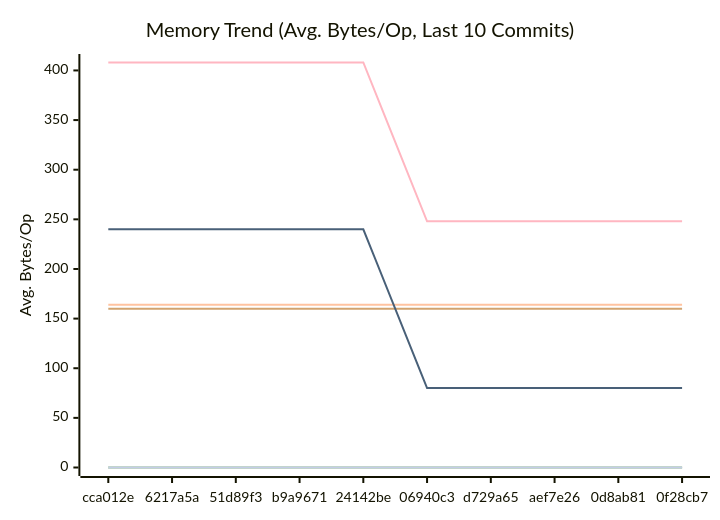
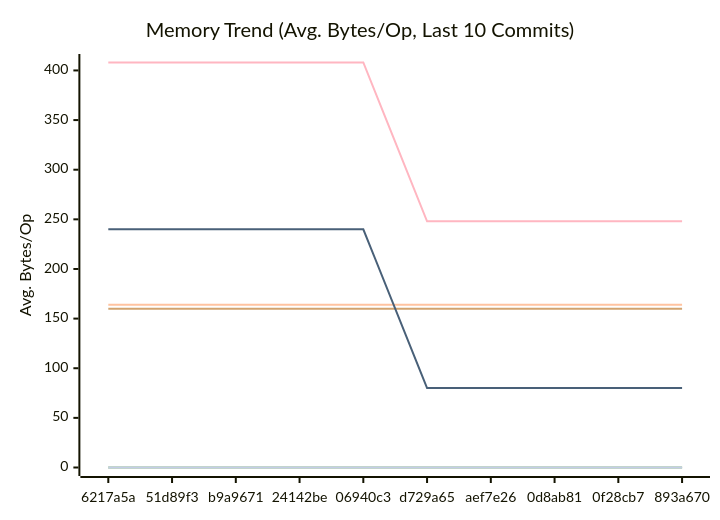
One commit to alsotoes/momo changed the second of 3 diagrams in docs/PERFORMANCE.md. Above: the diagram before and after it, drawn with Mermaid. The commit also changed other lines of this file and 5 other files, not shown here.

````diff
--- a/docs/PERFORMANCE.md
+++ b/docs/PERFORMANCE.md
@@ -97,16 +97,16 @@
 ```mermaid
 xychart-beta
     title "Memory Trend (Avg. Bytes/Op, Last 10 Commits)"
     x-axis "Commit"
     y-axis "Avg. Bytes/Op"
-    x-axis [cca012e,6217a5a,51d89f3,b9a9671,24142be,06940c3,d729a65,aef7e26,0d8ab81,0f28cb7]
+    x-axis [6217a5a,51d89f3,b9a9671,24142be,06940c3,d729a65,aef7e26,0d8ab81,0f28cb7,893a670]
     line "CheckMetricsAndSwap" [0,0,0,0,0,0,0,0,0,0]
     line "CrushOptimized" [0,0,0,0,0,0,0,0,0,0]
     line "CrushOriginal" [164,164,164,164,164,164,164,164,164,164]
     line "IndexDirectTracking" [0,0,0,0,0,0,0,0,0,0]
     line "IndexSearch" [0,0,0,0,0,0,0,0,0,0]
     line "LoadGlobalConfig" [160,160,160,160,160,160,160,160,160,160]
     line "PadString" [0,0,0,0,0,0,0,0,0,0]
     line "ParseReplicationOrder_NoPrealloc" [408,408,408,408,408,248,248,248,248,248]
     line "ParseReplicationOrder_Prealloc" [240,240,240,240,240,80,80,80,80,80]
 ```
````
